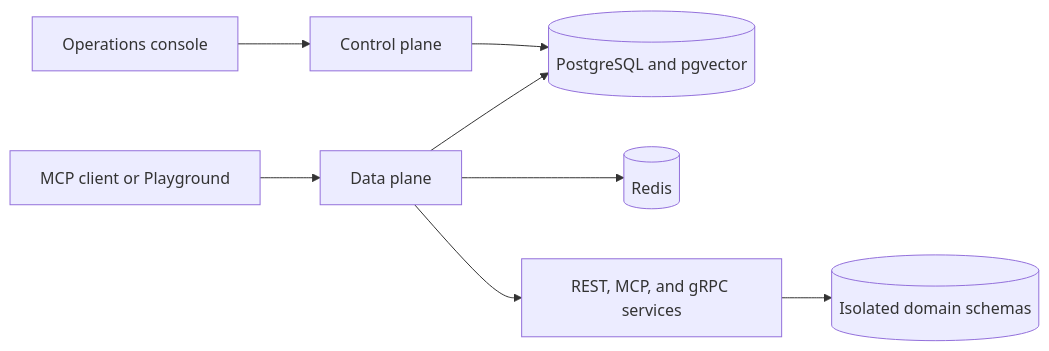
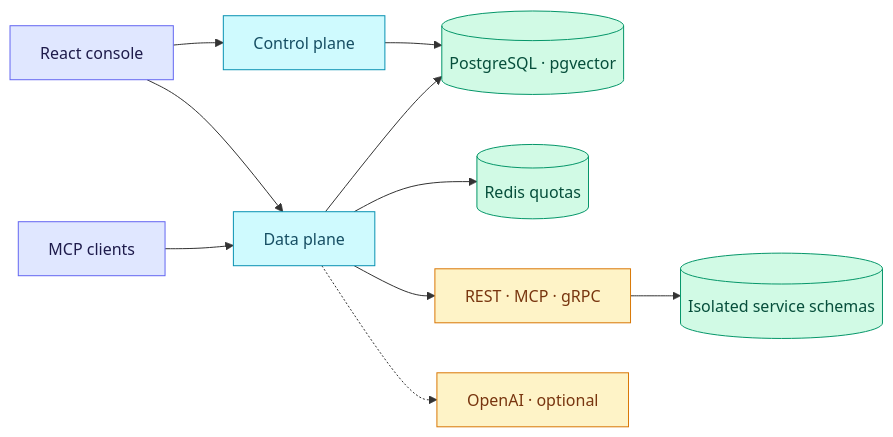
The diagram in README.md (NagaRamya1531-tech/ToolMesh-AI), drawn with Mermaid before and after one commit. The commit also changed other lines of this file and 26 other files, not shown here.

Commit message:
Complete M8 OpenAI Playground and architecture refresh

````diff
--- a/README.md
+++ b/README.md
@@ -59,10 +66,20 @@
 ```mermaid
 flowchart LR
-    Console["Operations console"] --> Control["Control plane"]
-    Client["MCP client or Playground"] --> Runtime["Data plane"]
-    Control --> Store[("PostgreSQL and pgvector")]
+    Console["React console"] --> Control["Control plane"]
+    Console --> Runtime["Data plane"]
+    Client["MCP clients"] --> Runtime
+    Control --> Store[("PostgreSQL · pgvector")]
     Runtime --> Store
-    Runtime --> Redis[("Redis")]
-    Runtime --> Services["REST, MCP, and gRPC services"]
-    Services --> Domains[("Isolated domain schemas")]
+    Runtime --> Quota[("Redis quotas")]
+    Runtime --> Domains["REST · MCP · gRPC"]
+    Runtime -.-> Provider["OpenAI · optional"]
+    Domains --> State[("Isolated service schemas")]
+    classDef client fill:#e0e7ff,stroke:#6366f1,color:#1e1b4b
+    classDef plane fill:#cffafe,stroke:#0891b2,color:#164e63
+    classDef store fill:#d1fae5,stroke:#059669,color:#064e3b
+    classDef boundary fill:#fef3c7,stroke:#d97706,color:#78350f
+    class Console,Client client
+    class Control,Runtime plane
+    class Store,Quota,State store
+    class Domains,Provider boundary
 ```
````
